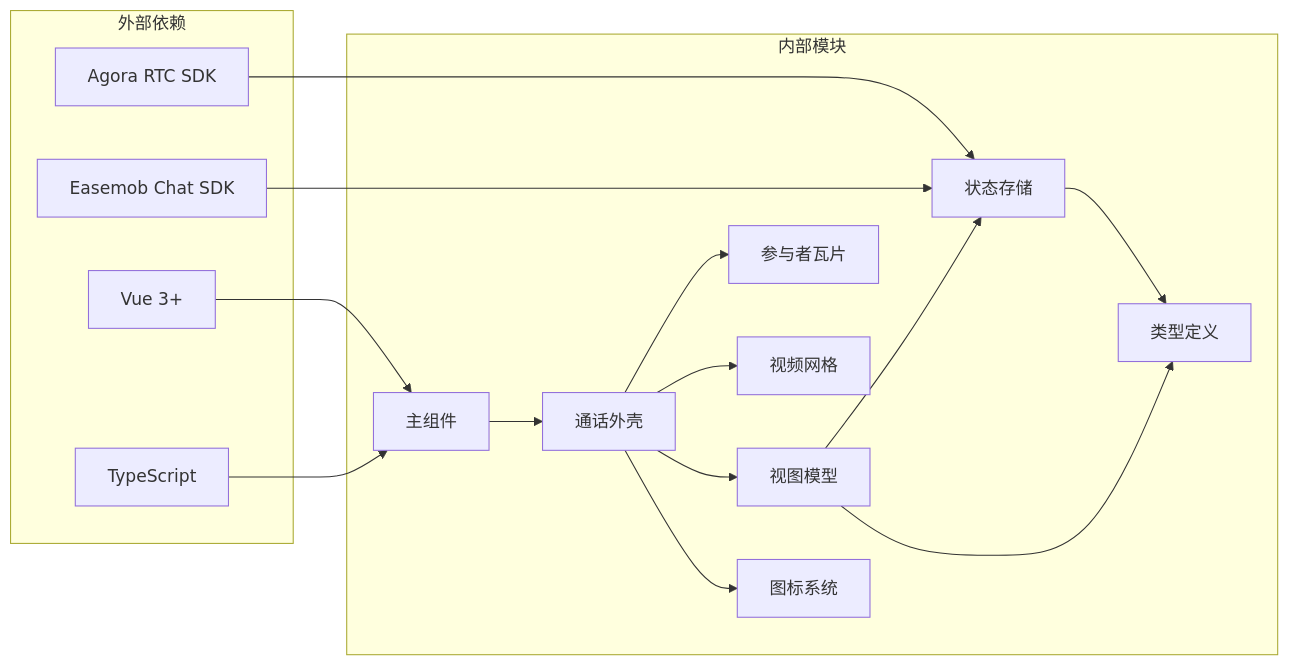
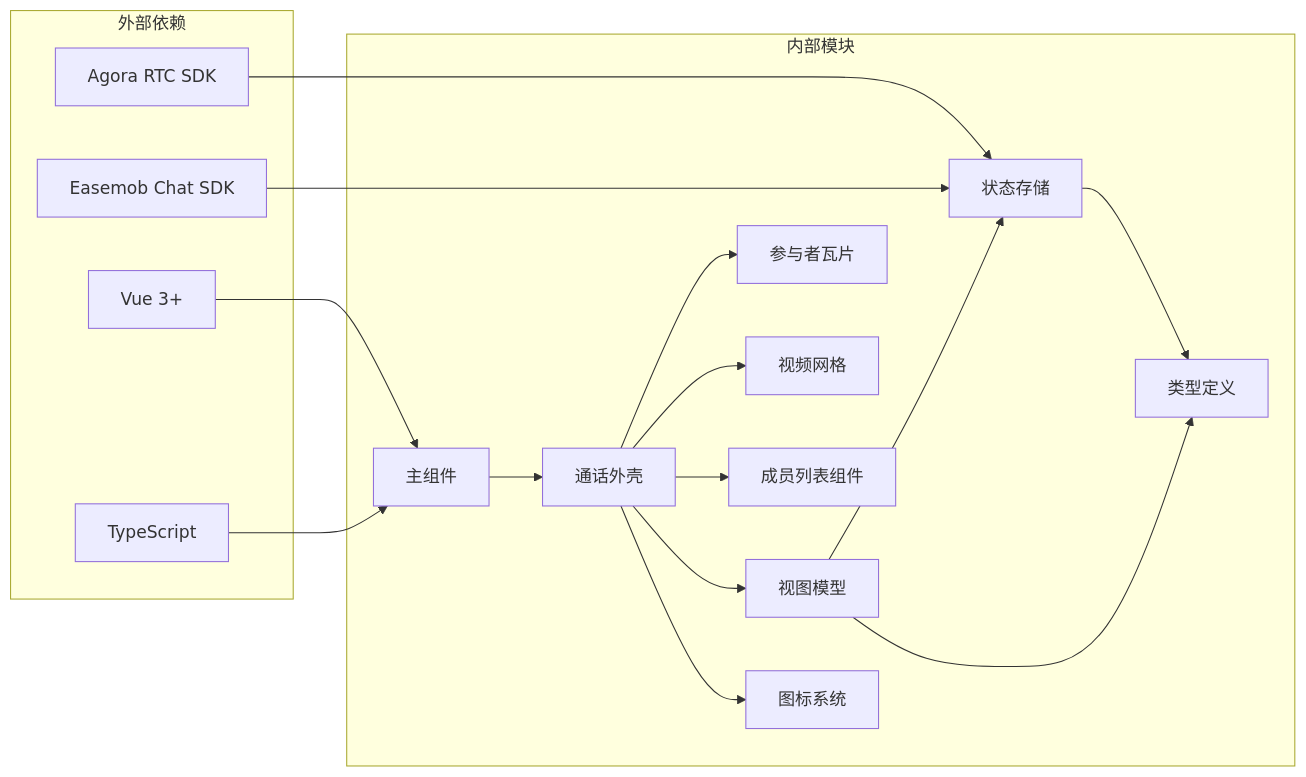
The third of 3 diagrams in .qoder/repowiki/zh/content/核心组件/群组通话组件/群组通话组件.md (Easemob-Community/easemob-uikit-callkit-vue3), drawn with Mermaid before and after one commit. The commit also changed other lines of this file and 58 other files, not shown here.

````diff
--- a/.qoder/repowiki/zh/content/核心组件/群组通话组件/群组通话组件.md
+++ b/.qoder/repowiki/zh/content/核心组件/群组通话组件/群组通话组件.md
@@ -383,31 +444,33 @@
 ```mermaid
 graph LR
 subgraph "外部依赖"
 Agora[Agora RTC SDK]
 Easemob[Easemob Chat SDK]
 Vue[Vue 3+]
 Typescript[TypeScript]
 end
 subgraph "内部模块"
 EasemobChatMultiCall[主组件]
 GroupCallShell[通话外壳]
 ParticipantTile[参与者瓦片]
 VideoGrid[视频网格]
+EasemobChatGroupMemberList[成员列表组件]
 ViewModel[视图模型]
 Stores[状态存储]
 Icons[图标系统]
 Types[类型定义]
 end
 Easemob --> Stores
 Agora --> Stores
 Vue --> EasemobChatMultiCall
 Typescript --> EasemobChatMultiCall
 EasemobChatMultiCall --> GroupCallShell
 GroupCallShell --> ParticipantTile
 GroupCallShell --> VideoGrid
+GroupCallShell --> EasemobChatGroupMemberList
 GroupCallShell --> ViewModel
 GroupCallShell --> Icons
 ViewModel --> Stores
 ViewModel --> Types
 Stores --> Types
 ```
````
